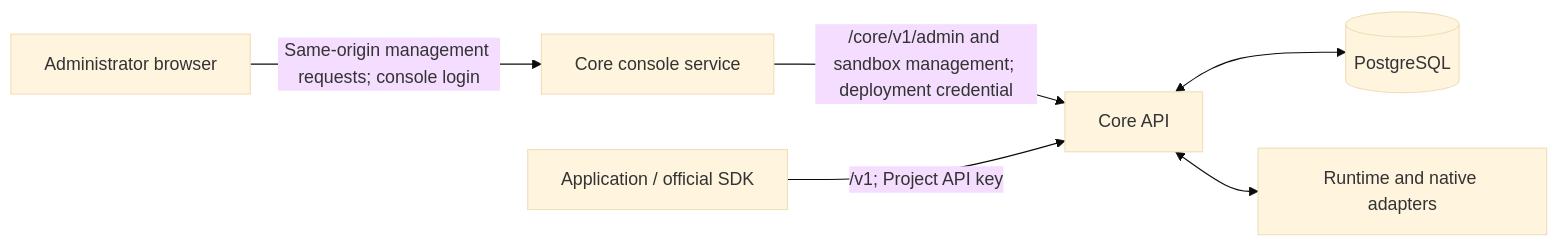
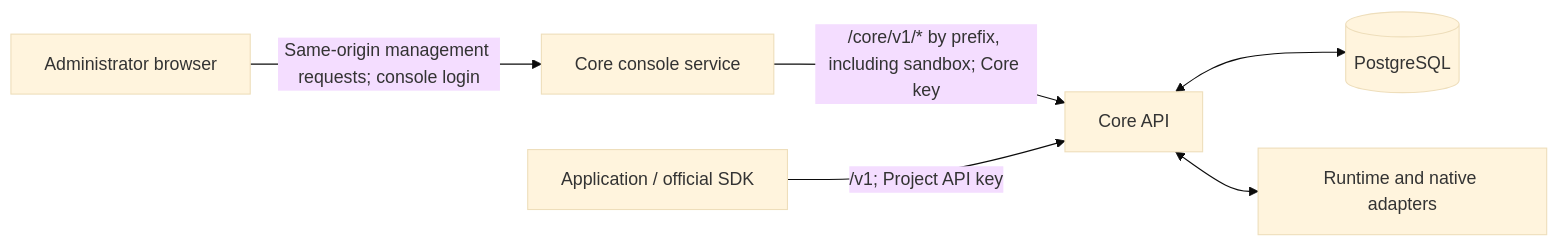
Before and after one commit to AllureCurtain/OpenAgentCore: the diagram in docs/web/architecture.md, drawn with Mermaid (base theme). The commit also changed other lines of this file and 191 other files, not shown here.

First line of the commit message:
Split the Core/Web boundary: official /v1, one Core-key /core/v1 tree, Core-key executor credentials (#128)

````diff
--- a/docs/web/architecture.md
+++ b/docs/web/architecture.md
@@ -13,15 +13,15 @@
 ```mermaid
 flowchart LR
   browser["Administrator browser"]
   console["Core console service"]
   core["Core API"]
   database[("PostgreSQL")]
   application["Application / official SDK"]
   runtime["Runtime and native adapters"]
 
   browser -->|"Same-origin management requests; console login"| console
-  console -->|"/core/v1/admin and sandbox management; deployment credential"| core
+  console -->|"/core/v1/* by prefix, including sandbox; Core key"| core
   application -->|"/v1; Project API key"| core
   core <--> database
   core <--> runtime
 ```
````
